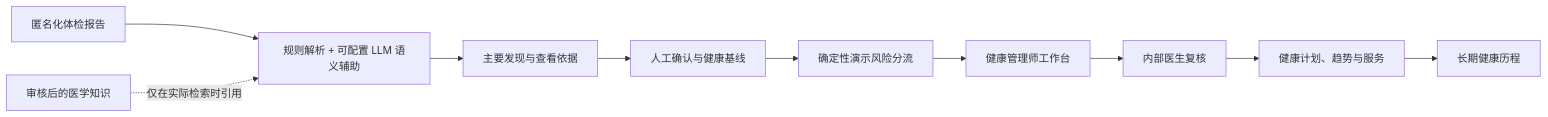
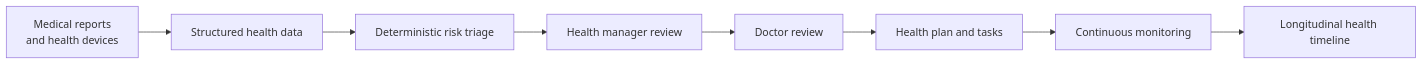
One commit to KaedeharaT/executive-healthops changed the first of 2 diagrams in README.md. Above: the diagram before and after it, drawn with Mermaid. The commit also changed other lines of this file and 8 other files, not shown here.

````diff
--- a/README.md
+++ b/README.md
@@ -44,12 +20,10 @@
 ```mermaid
 flowchart LR
-    A[匿名化体检报告] --> B[规则解析 + 可配置 LLM 语义辅助]
-    B --> C[主要发现与查看依据]
-    C --> D[人工确认与健康基线]
-    D --> E[确定性演示风险分流]
-    E --> F[健康管理师工作台]
-    F --> G[内部医生复核]
-    G --> H[健康计划、趋势与服务]
-    H --> I[长期健康历程]
-    J[审核后的医学知识] -.仅在实际检索时引用.-> B
+    A[Medical reports<br/>and health devices] --> B[Structured health data]
+    B --> C[Deterministic risk triage]
+    C --> D[Health manager review]
+    D --> E[Doctor review]
+    E --> F[Health plan and tasks]
+    F --> G[Continuous monitoring]
+    G --> H[Longitudinal health timeline]
 ```
````
